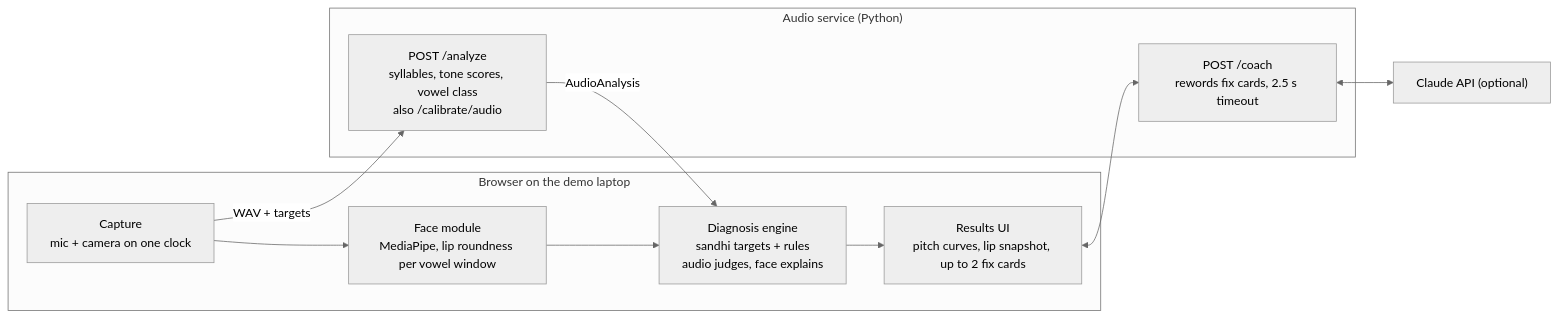
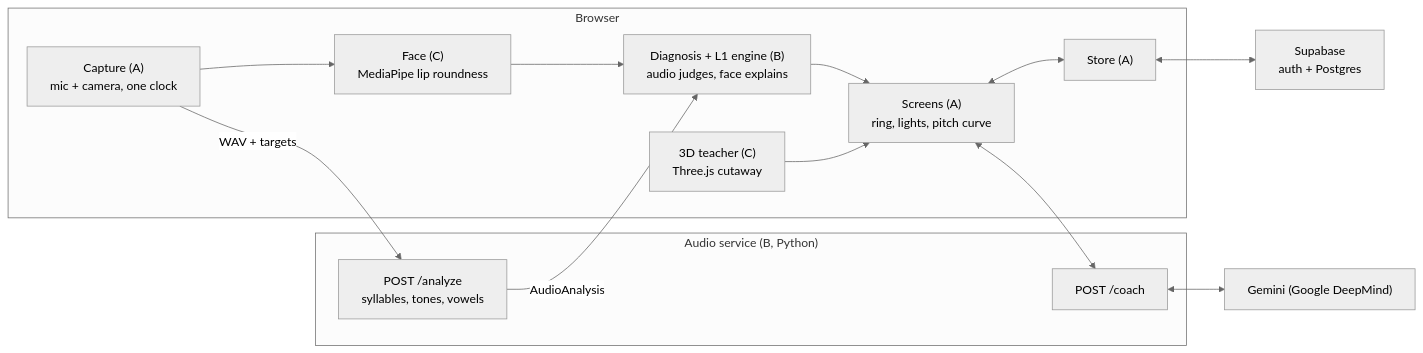
One commit to MicahRobot/Orbi changed the diagram in SPEC.md. Above: the diagram before and after it, drawn with Mermaid (neutral theme). The commit also changed other lines of this file and 25 other files, not shown here.

First line of the commit message:
Re-plan for a 3-hour, 3-person build with Gemini and Supabase

````diff
--- a/SPEC.md
+++ b/SPEC.md
@@ -43,16 +62,19 @@
 ```mermaid
 flowchart LR
-  subgraph Browser["Browser on the demo laptop"]
-    CAP["Capture<br/>mic + camera on one clock"] --> FACE["Face module<br/>MediaPipe, lip roundness per vowel window"]
-    FACE --> DIAG["Diagnosis engine<br/>sandhi targets + rules<br/>audio judges, face explains"]
-    DIAG --> UI["Results UI<br/>pitch curves, lip snapshot, up to 2 fix cards"]
+  subgraph Browser
+    CAP["Capture (A)<br/>mic + camera, one clock"] --> FACE["Face (C)<br/>MediaPipe lip roundness"]
+    FACE --> DIAG["Diagnosis + L1 engine (B)<br/>audio judges, face explains"]
+    DIAG --> UI["Screens (A)<br/>ring, lights, pitch curve"]
+    TEACH["3D teacher (C)<br/>Three.js cutaway"] --> UI
+    UI <--> STORE["Store (A)"]
   end
-  subgraph Service["Audio service (Python)"]
-    AN["POST /analyze<br/>syllables, tone scores, vowel class<br/>also /calibrate/audio"]
-    CO["POST /coach<br/>rewords fix cards, 2.5 s timeout"]
+  subgraph Service["Audio service (B, Python)"]
+    AN["POST /analyze<br/>syllables, tones, vowels"]
+    CO["POST /coach"]
   end
   CAP -- "WAV + targets" --> AN
   AN -- "AudioAnalysis" --> DIAG
   UI <--> CO
-  CO <--> LLM["Claude API (optional)"]
+  CO <--> GEM["Gemini (Google DeepMind)"]
+  STORE <--> SB["Supabase<br/>auth + Postgres"]
 ```
````
